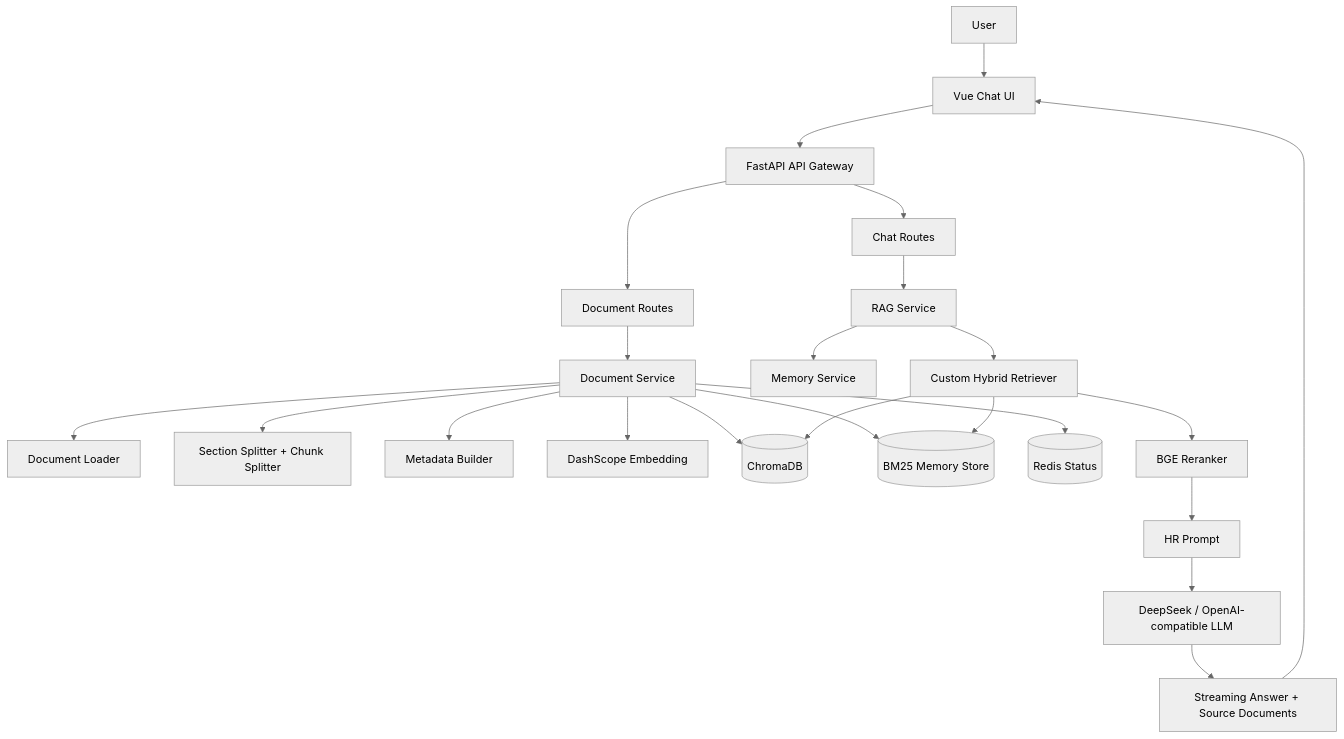
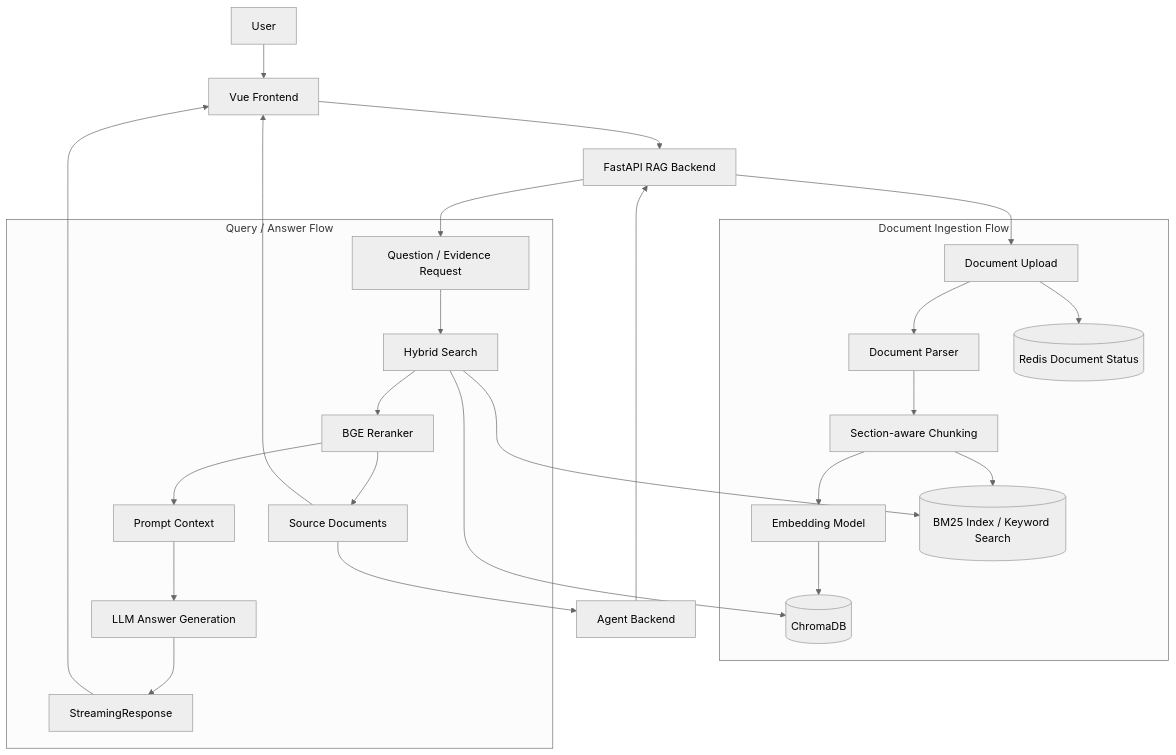
One commit to Joker3e3/ai-rag-knowledge-base-backend changed the diagram in README.md. Above: the diagram before and after it, drawn with Mermaid (neutral theme). The commit also changed other lines of this file and 4 other files, not shown here.

````diff
--- a/README.md
+++ b/README.md
@@ -133,28 +41,32 @@
 ```mermaid
 flowchart TD
-    U[User] --> FE[Vue Chat UI]
-    FE --> API[FastAPI API Gateway]
+    User[User] --> FE[Vue Frontend]
+    FE --> API[FastAPI RAG Backend]
+    Agent[Agent Backend] --> API
 
-    API --> DOC[Document Routes]
-    API --> CHAT[Chat Routes]
+    subgraph Ingestion["Document Ingestion Flow"]
+        Upload[Document Upload] --> Parser[Document Parser]
+        Parser --> Section[Section-aware Chunking]
+        Section --> Embedding[Embedding Model]
+        Embedding --> Chroma[(ChromaDB)]
+        Section --> BM25[(BM25 Index / Keyword Search)]
+        Upload --> Redis[(Redis Document Status)]
+    end
 
-    DOC --> DS[Document Service]
-    DS --> LOADER[Document Loader]
-    DS --> SPLIT[Section Splitter + Chunk Splitter]
-    DS --> META[Metadata Builder]
-    DS --> EMB[DashScope Embedding]
-    DS --> CHROMA[(ChromaDB)]
-    DS --> BM25[(BM25 Memory Store)]
-    DS --> REDIS[(Redis Status)]
+    subgraph Query["Query / Answer Flow"]
+        Question[Question / Evidence Request] --> Hybrid[Hybrid Search]
+        Hybrid --> BM25
+        Hybrid --> Chroma
+        Hybrid --> Reranker[BGE Reranker]
+        Reranker --> Context[Prompt Context]
+        Context --> LLM[LLM Answer Generation]
+        LLM --> Stream[StreamingResponse]
+        Reranker --> Sources[Source Documents]
+    end
 
-    CHAT --> RAG[RAG Service]
-    RAG --> MEM[Memory Service]
-    RAG --> RET[Custom Hybrid Retriever]
-    RET --> BM25
-    RET --> CHROMA
-    RET --> RERANK[BGE Reranker]
-    RERANK --> PROMPT[HR Prompt]
-    PROMPT --> LLM[DeepSeek / OpenAI-compatible LLM]
-    LLM --> STREAM[Streaming Answer + Source Documents]
-    STREAM --> FE
+    API --> Upload
+    API --> Question
+    Stream --> FE
+    Sources --> FE
+    Sources --> Agent
 ```
````
